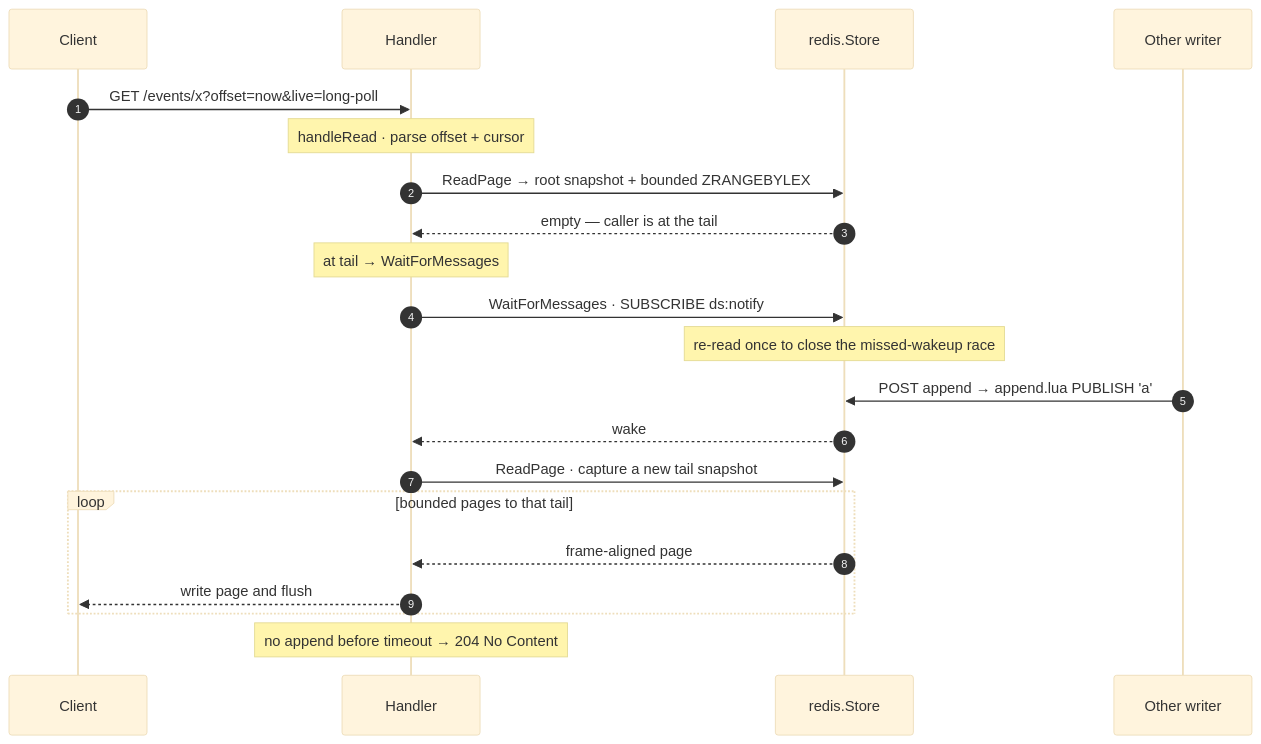
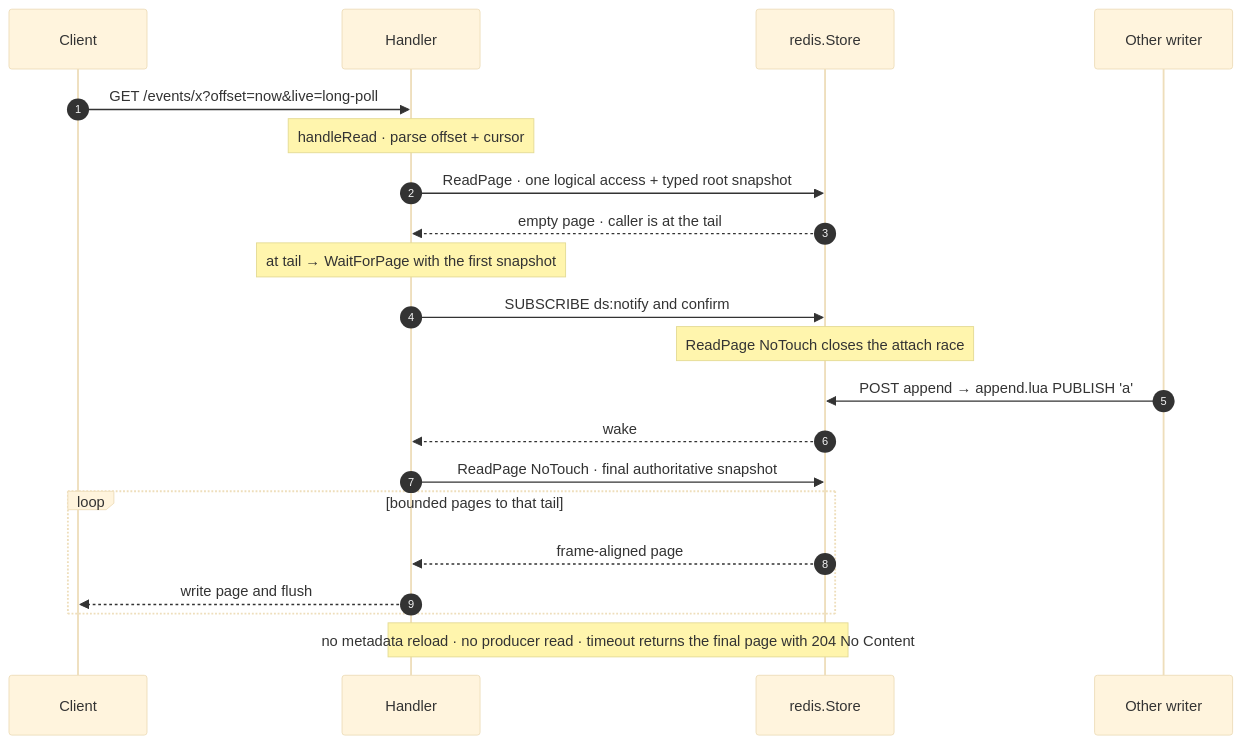
One commit to adityavkk/chronicle changed the diagram in docs-site/diagrams/seq-trace-read.mmd. Above: the diagram before and after it, drawn with Mermaid (base theme). The commit also changed 25 other files, not shown here.

Commit message:
docs: align endpoint flows with read fast path

```diff
--- a/docs-site/diagrams/seq-trace-read.mmd
+++ b/docs-site/diagrams/seq-trace-read.mmd
@@ -1,21 +1,21 @@
 sequenceDiagram
     autonumber
     participant C as Client
     participant H as Handler
     participant S as redis.Store
     participant P as Other writer
     C->>H: GET /events/x?offset=now&live=long-poll
     Note over H: handleRead · parse offset + cursor
-    H->>S: ReadPage → root snapshot + bounded ZRANGEBYLEX
-    S-->>H: empty — caller is at the tail
-    Note over H: at tail → WaitForMessages
-    H->>S: WaitForMessages · SUBSCRIBE ds:notify
-    Note over S: re-read once to close the missed-wakeup race
+    H->>S: ReadPage · one logical access + typed root snapshot
+    S-->>H: empty page · caller is at the tail
+    Note over H: at tail → WaitForPage with the first snapshot
+    H->>S: SUBSCRIBE ds:notify and confirm
+    Note over S: ReadPage NoTouch closes the attach race
     P->>S: POST append → append.lua PUBLISH 'a'
     S-->>H: wake
-    H->>S: ReadPage · capture a new tail snapshot
+    H->>S: ReadPage NoTouch · final authoritative snapshot
     loop bounded pages to that tail
         S-->>H: frame-aligned page
         H-->>C: write page and flush
     end
-    Note over H: no append before timeout → 204 No Content
+    Note over H,S: no metadata reload · no producer read · timeout returns the final page with 204 No Content
```
